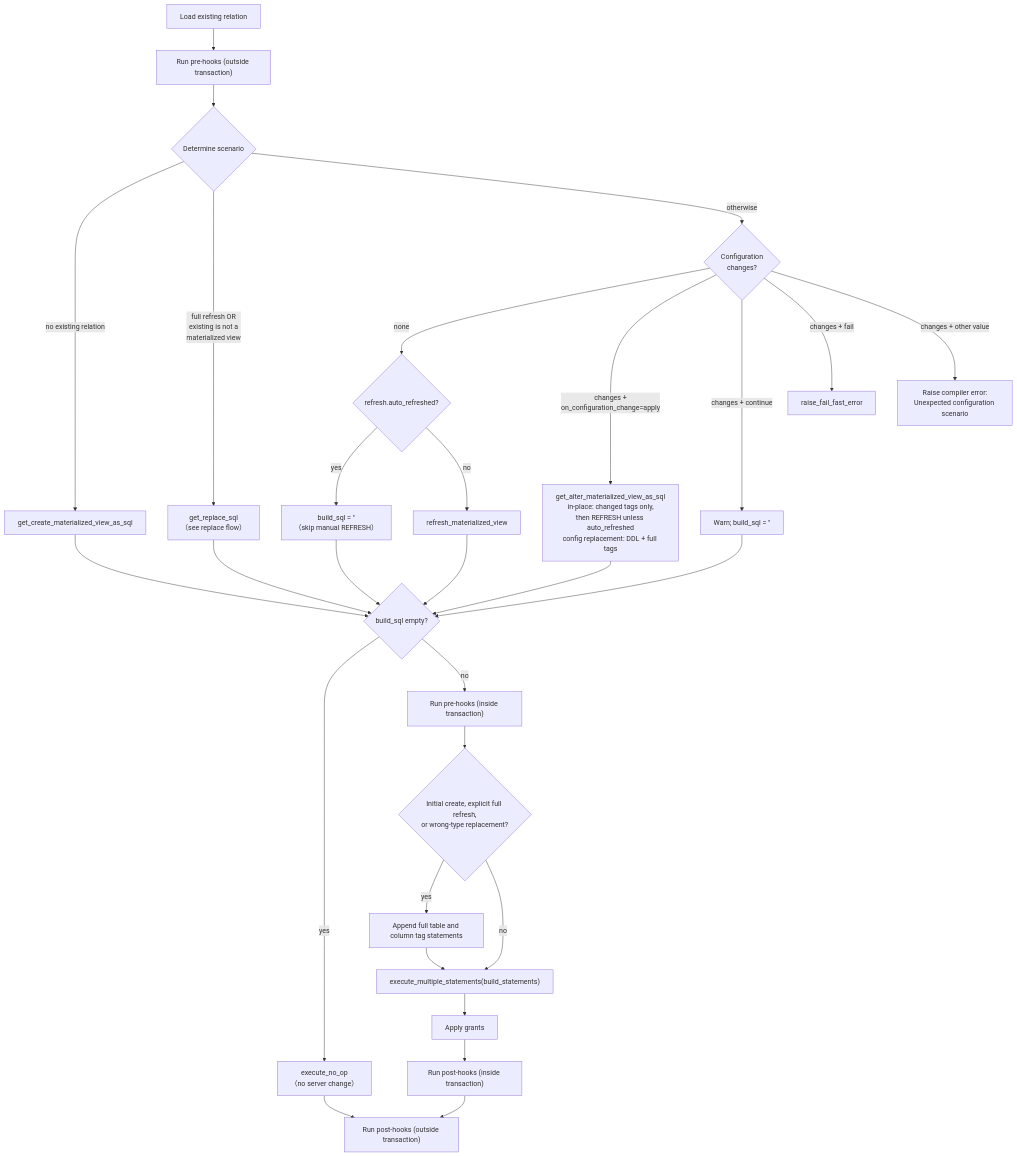
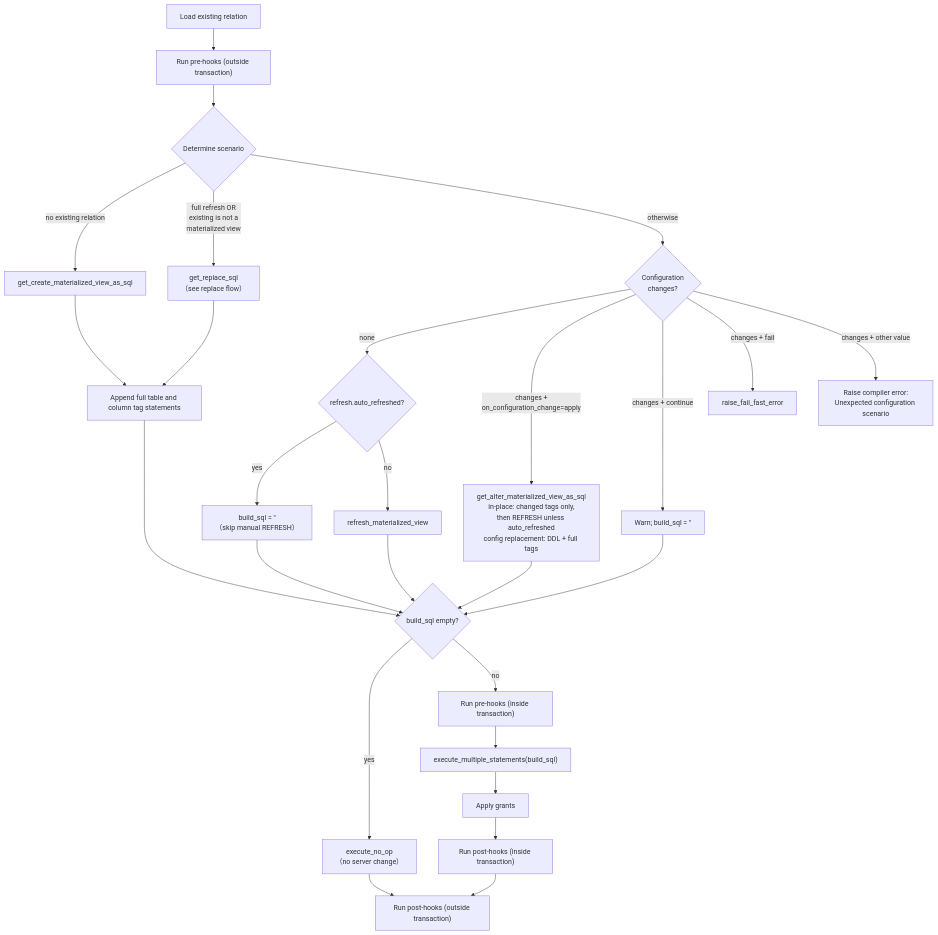
One commit to databricks/dbt-databricks changed the diagram in docs/flow/materialized_view_flow.md. Above: the diagram before and after it, drawn with Mermaid. The commit also changed other lines of this file and 4 other files, not shown here.

First line of the commit message:
refactor: assemble MV and ST tag statements while building SQL

````diff
--- a/docs/flow/materialized_view_flow.md
+++ b/docs/flow/materialized_view_flow.md
@@ -15,36 +15,34 @@
 ```mermaid
 flowchart TD
     START[Load existing relation] --> PRE["Run pre-hooks (outside transaction)"]
     PRE --> DECIDE{Determine scenario}
 
     DECIDE -- "no existing relation" --> CREATE[get_create_materialized_view_as_sql]
     DECIDE -- "full refresh OR\nexisting is not a\nmaterialized view" --> REPLACE[get_replace_sql\n（see replace flow）]
     DECIDE -- "otherwise" --> CFG{Configuration\nchanges?}
 
     CFG -- "none" --> AUTO{refresh.auto_refreshed?}
     AUTO -- yes --> NOOPSQL[build_sql = ''\n（skip manual REFRESH）]
     AUTO -- no --> REFRESH[refresh_materialized_view]
 
     CFG -- "changes +\non_configuration_change=apply" --> ALTER["get_alter_materialized_view_as_sql<br/>in-place: changed tags only,<br/>then REFRESH unless auto_refreshed<br/>config replacement: DDL + full tags"]
     CFG -- "changes + continue" --> WARN[Warn; build_sql = '']
     CFG -- "changes + fail" --> FAIL[raise_fail_fast_error]
     CFG -- "changes + other value" --> INVALID["Raise compiler error:<br/>Unexpected configuration scenario"]
 
-    CREATE --> CHECK
-    REPLACE --> CHECK
+    CREATE --> TAGS[Append full table and column tag statements]
+    REPLACE --> TAGS
+    TAGS --> CHECK
     REFRESH --> CHECK
     ALTER --> CHECK
     NOOPSQL --> CHECK
     WARN --> CHECK
     CHECK{build_sql empty?}
     CHECK -- yes --> NOOP[execute_no_op\n（no server change）]
     CHECK -- no --> INTX["Run pre-hooks (inside transaction)"]
-    INTX --> OUTERREPLACE{"Initial create, explicit full refresh,<br/>or wrong-type replacement?"}
-    OUTERREPLACE -- yes --> TAGS[Append full table and column tag statements]
-    OUTERREPLACE -- no --> EXEC["execute_multiple_statements(build_statements)"]
-    TAGS --> EXEC
+    INTX --> EXEC["execute_multiple_statements(build_sql)"]
     EXEC --> GRANTS[Apply grants]
     GRANTS --> POSTIN["Run post-hooks (inside transaction)"]
     NOOP --> POSTOUT
     POSTIN --> POSTOUT["Run post-hooks (outside transaction)"]
 ```
````
